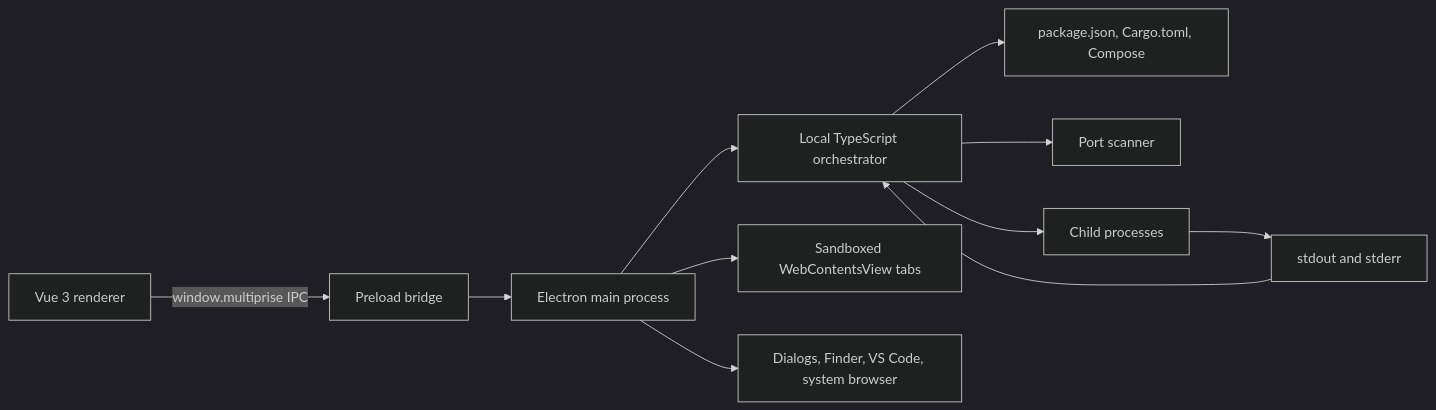
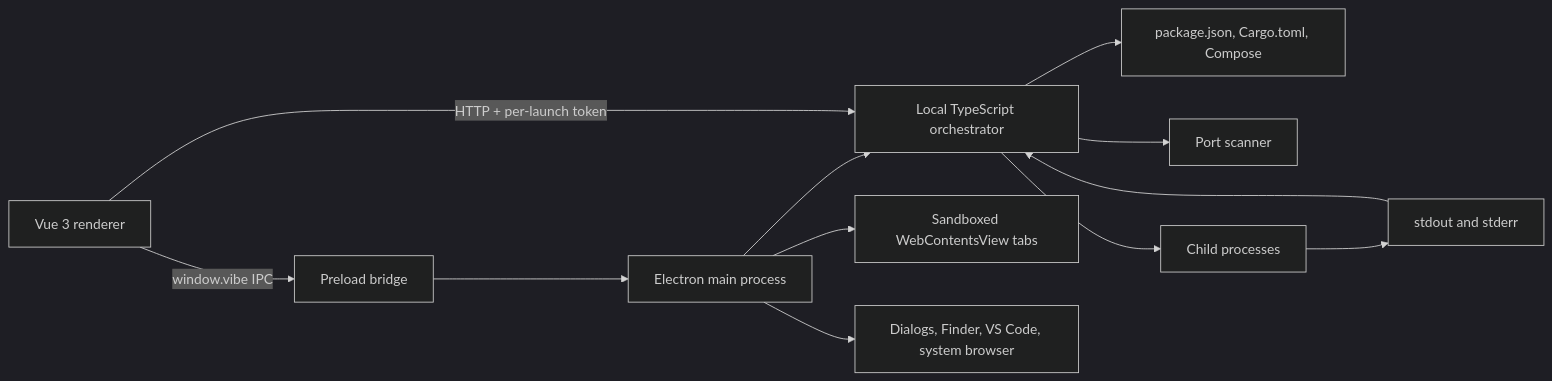
One commit to djbrl/multiprise changed the diagram in README.md. Above: the diagram before and after it, drawn with Mermaid (dark theme). The commit also changed other lines of this file and 21 other files, not shown here.

````diff
--- a/README.md
+++ b/README.md
@@ -152,13 +170,14 @@
 ```mermaid
 flowchart LR
-    UI["Vue 3 renderer"] -->|"window.multiprise IPC"| Preload["Preload bridge"]
+    UI["Vue 3 renderer"] -->|"window.vibe IPC"| Preload["Preload bridge"]
     Preload --> Main["Electron main process"]
     Main --> API["Local TypeScript orchestrator"]
+    UI -->|"HTTP + per-launch token"| API
     API --> Manifests["package.json, Cargo.toml, Compose"]
     API --> Ports["Port scanner"]
     API --> Processes["Child processes"]
     Processes --> Logs["stdout and stderr"]
     Logs --> API
     Main --> Browser["Sandboxed WebContentsView tabs"]
     Main --> Native["Dialogs, Finder, VS Code, system browser"]
 ```
````
